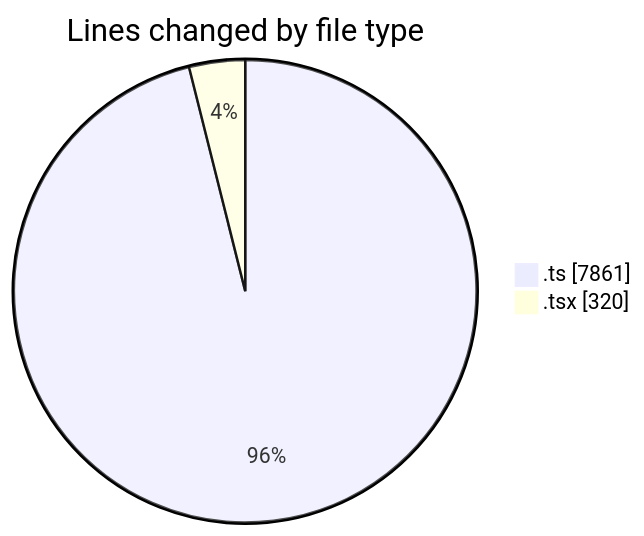
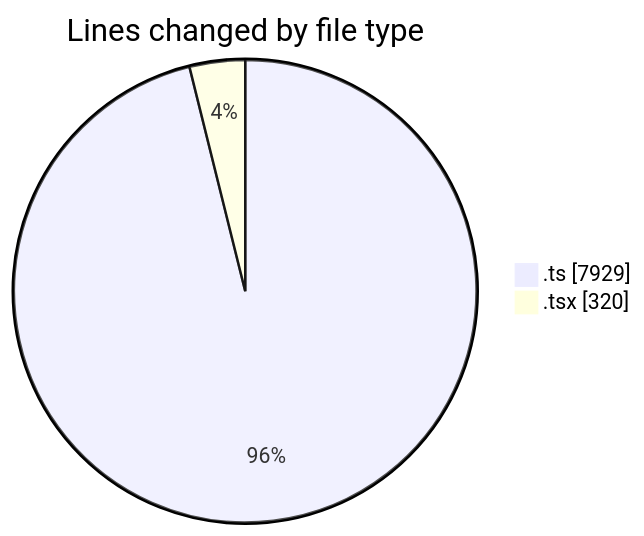
Before and after one commit to momahboobian/code-tracking: the first of 2 diagrams in 2025-08-13/cda/README.md, drawn with Mermaid. The commit also changed other lines of this file and 1 other file, not shown here.

````diff
--- a/2025-08-13/cda/README.md
+++ b/2025-08-13/cda/README.md
@@ -23,6 +23,6 @@
 ```mermaid
 pie showData
 title Lines changed by file type
-".ts" : 7861
+".ts" : 7929
 ".tsx" : 320
 ```
````
